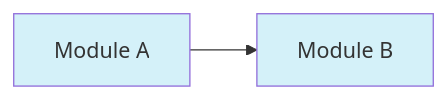
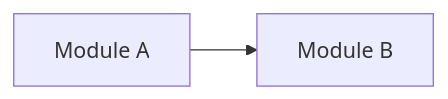
Before and after one commit to ankur3-101106/portfolio: diagram 28 of 39 in docs/SE/u4.mdx, drawn with Mermaid. The commit also changed other lines of this file, not shown here.

Commit message:
Resolved mermaid code errors

````diff
--- a/docs/SE/u4.mdx
+++ b/docs/SE/u4.mdx
@@ -1918,6 +1918,4 @@
 ```mermaid id="q2z7nx"
 flowchart LR
 A[Module A] --> B[Module B]
-style A fill:#d4f1f9
-style B fill:#d4f1f9
 ```
````
